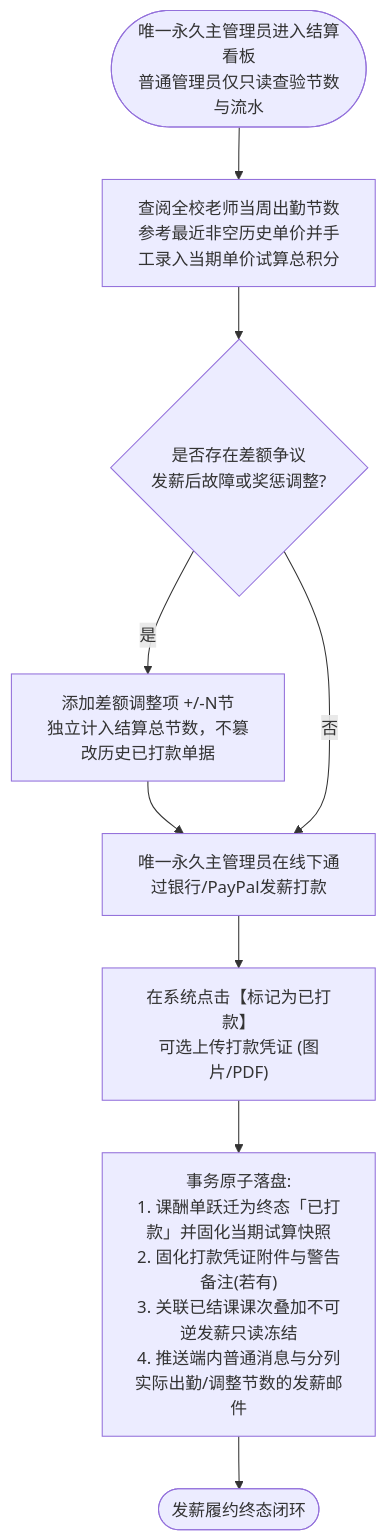
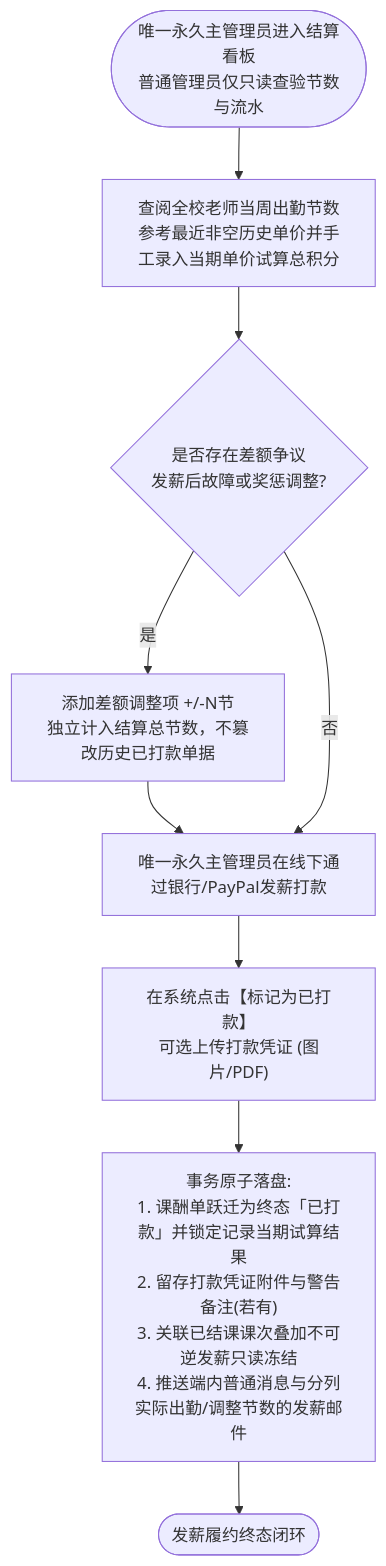
Before and after one commit to Onezao/dream: the fourth of 4 diagrams in docs/prd/m5b_weekly_settlement.md, drawn with Mermaid. The commit also changed other lines of this file and 23 other files, not shown here.

````diff
--- a/docs/prd/m5b_weekly_settlement.md
+++ b/docs/prd/m5b_weekly_settlement.md
@@ -332,11 +335,11 @@
 ```mermaid
 flowchart TD
     AdminLogin([唯一永久主管理员进入结算看板\n普通管理员仅只读查验节数与流水]) --> ReviewGrid["查阅全校老师当周出勤节数\n参考最近非空历史单价并手工录入当期单价试算总积分"]
     ReviewGrid --> HasDispute{是否存在差额争议\n发薪后故障或奖惩调整?}
     HasDispute -- 是 --> AddAdjust["添加差额调整项 +/-N节\n独立计入结算总节数，不篡改历史已打款单据"]
     AddAdjust --> OfflineTransfer
     HasDispute -- 否 --> OfflineTransfer[唯一永久主管理员在线下通过银行/PayPal发薪打款]
     OfflineTransfer --> MarkPaid["在系统点击【标记为已打款】\n可选上传打款凭证 (图片/PDF)"]
-    MarkPaid --> AtomicFreeze["事务原子落盘:\n1. 课酬单跃迁为终态「已打款」并固化当期试算快照\n2. 固化打款凭证附件与警告备注(若有)\n3. 关联已结课课次叠加不可逆发薪只读冻结\n4. 推送端内普通消息与分列实际出勤/调整节数的发薪邮件"]
+    MarkPaid --> AtomicFreeze["事务原子落盘:\n1. 课酬单跃迁为终态「已打款」并锁定记录当期试算结果\n2. 留存打款凭证附件与警告备注(若有)\n3. 关联已结课课次叠加不可逆发薪只读冻结\n4. 推送端内普通消息与分列实际出勤/调整节数的发薪邮件"]
     AtomicFreeze --> FinalSuccess([发薪履约终态闭环])
 ```
````
